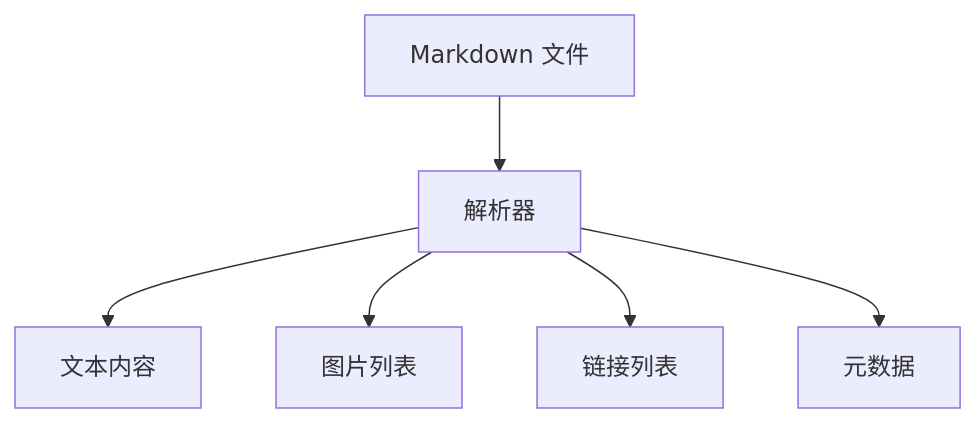
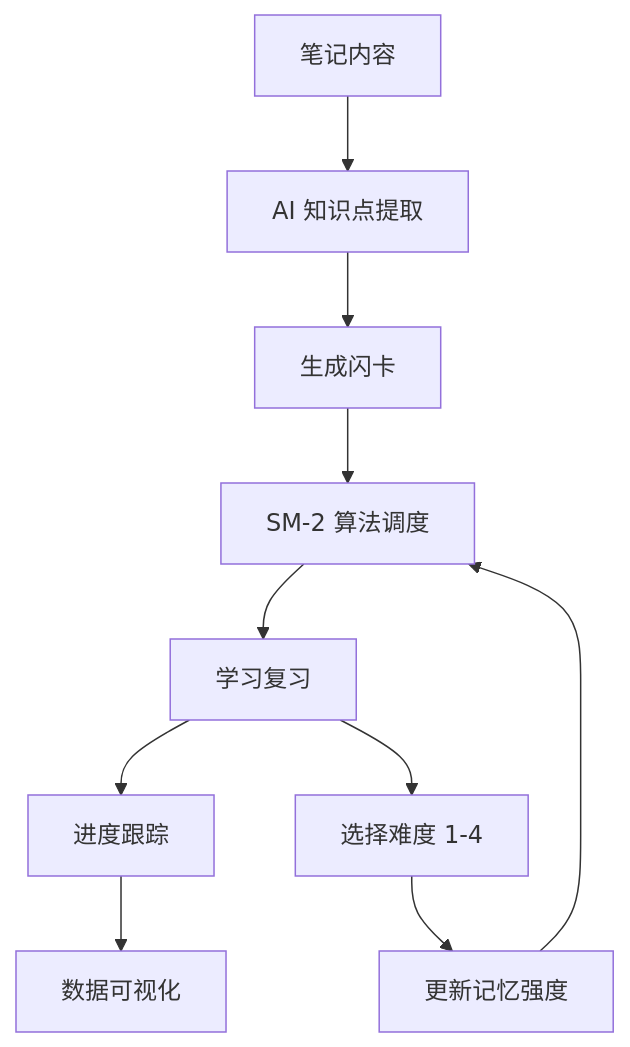
Before and after one commit to yayaysya/SiXu: the first of 4 diagrams in README.md, drawn with Mermaid. The commit also changed other lines of this file and 3 other files, not shown here.

````diff
--- a/README.md
+++ b/README.md
@@ -305,8 +463,13 @@
 ```mermaid
 graph TD
-    A[Markdown 文件] --> B[解析器]
-    B --> C[文本内容]
-    B --> D[图片列表]
-    B --> E[链接列表]
-    B --> F[元数据]
+    A[笔记内容] --> B[AI 知识点提取]
+    B --> C[生成闪卡]
+    C --> D[SM-2 算法调度]
+    D --> E[学习复习]
+    E --> F[进度跟踪]
+    F --> G[数据可视化]
+
+    E --> H[选择难度 1-4]
+    H --> I[更新记忆强度]
+    I --> D
 ```
````
